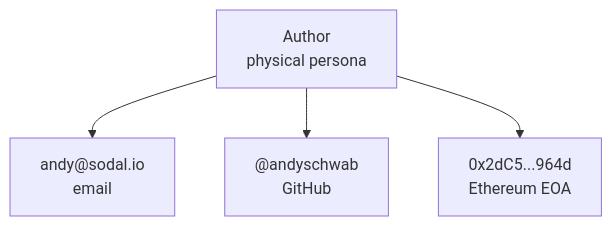
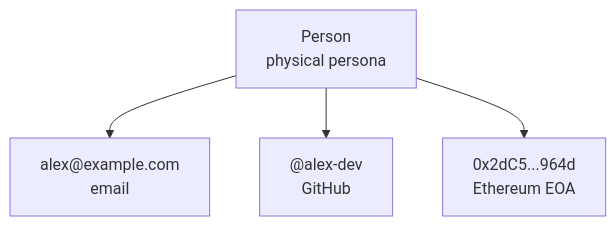
Before and after one commit to sodal-project/community: the third of 3 diagrams in agency-graphs.md, drawn with Mermaid. The commit also changed other lines of this file, not shown here.

````diff
--- a/agency-graphs.md
+++ b/agency-graphs.md
@@ -173,6 +192,6 @@
 ```mermaid
 graph TD
-    A[Author<br/>physical persona] --> E["andy@sodal.io<br/>email"]
-    A --> G["@andyschwab<br/>GitHub"]
+    A[Person<br/>physical persona] --> E["alex@example.com<br/>email"]
+    A --> G["@alex-dev<br/>GitHub"]
     A --> W["0x2dC5...964d<br/>Ethereum EOA"]
 ```
````
